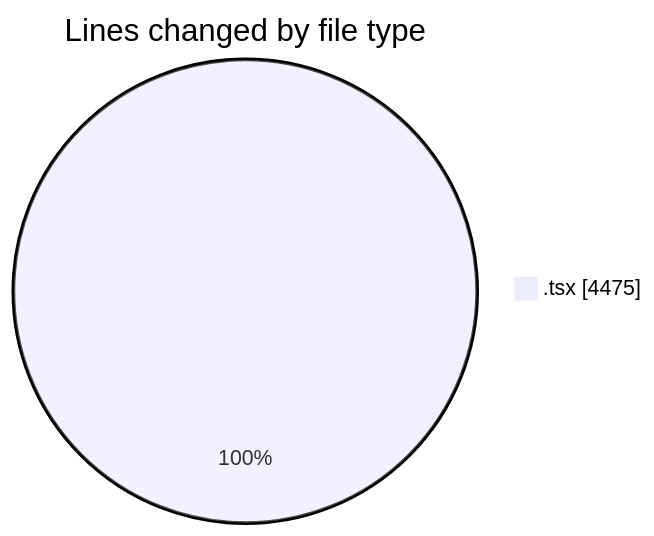
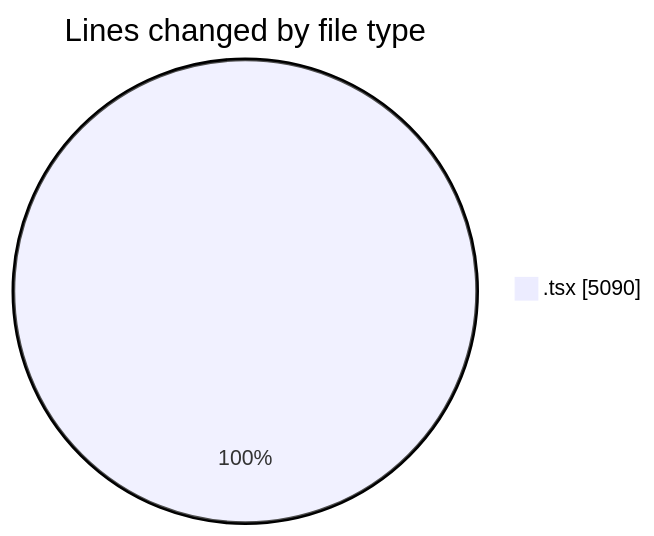
Before and after one commit to nxtqubesakshisongat/code-tracking: the first of 2 diagrams in 2026-08-24/nxtqube_webapp/README.md, drawn with Mermaid. The commit also changed other lines of this file and 1 other file, not shown here.

````diff
--- a/2026-08-24/nxtqube_webapp/README.md
+++ b/2026-08-24/nxtqube_webapp/README.md
@@ -33,5 +33,5 @@
 ```mermaid
 pie showData
 title Lines changed by file type
-".tsx" : 4475
+".tsx" : 5090
 ```
````
